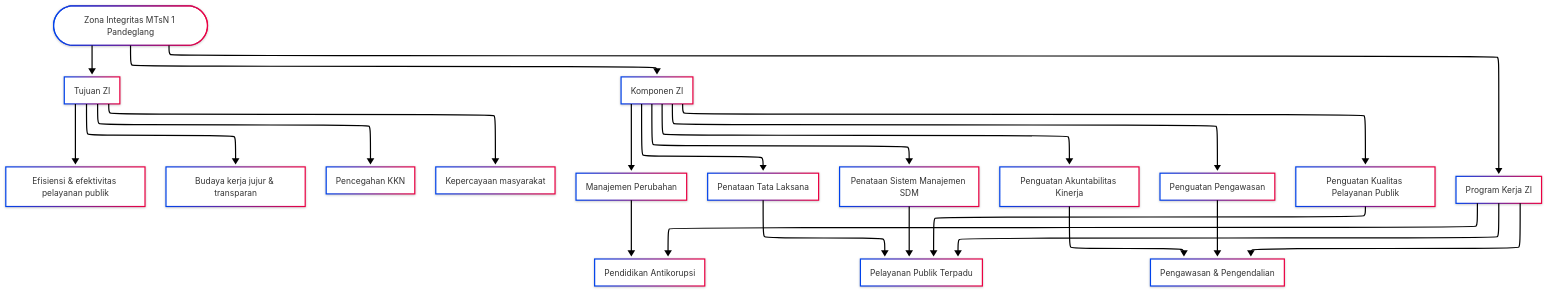
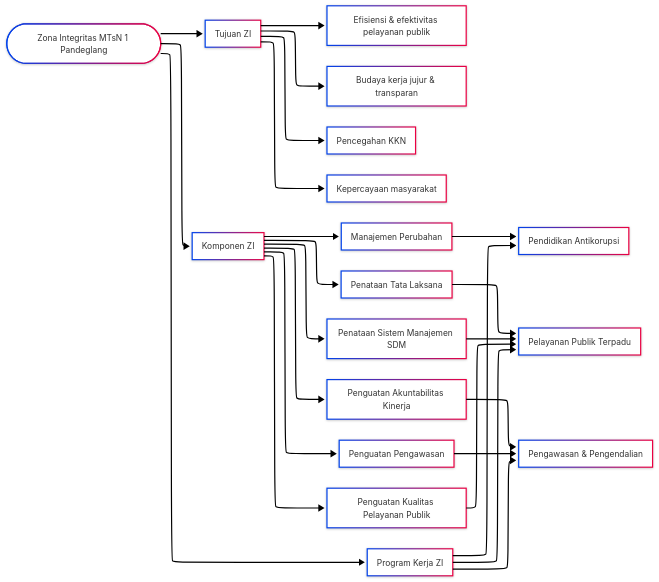
Before and after one commit to zulfikriyahya/zona-integritas: the diagram in readme.md, drawn with Mermaid.

````diff
--- a/readme.md
+++ b/readme.md
@@ -20,35 +20,35 @@
 ```mermaid
 ---
 config:
   theme: neo
   layout: elk
   look: neo
 ---
-flowchart TB
+flowchart LR
     A(["Zona Integritas MTsN 1 Pandeglang"]) --> B["Tujuan ZI"]
     B --> B1["Efisiensi & efektivitas pelayanan publik"]
     B --> B2["Budaya kerja jujur & transparan"]
     B --> B3["Pencegahan KKN"]
     B --> B4["Kepercayaan masyarakat"]
 
     A --> C["Komponen ZI"]
     C --> C1["Manajemen Perubahan"]
     C --> C2["Penataan Tata Laksana"]
     C --> C3["Penataan Sistem Manajemen SDM"]
     C --> C4["Penguatan Akuntabilitas Kinerja"]
     C --> C5["Penguatan Pengawasan"]
     C --> C6["Penguatan Kualitas Pelayanan Publik"]
 
     A --> D["Program Kerja ZI"]
     D --> D1["Pendidikan Antikorupsi"]
     D --> D2["Pelayanan Publik Terpadu"]
     D --> D3["Pengawasan & Pengendalian"]
 
     %% Hubungan antar komponen dan program
     C1 --> D1
     C2 --> D2
     C3 --> D2
     C4 --> D3
     C5 --> D3
     C6 --> D2
 ```
````
